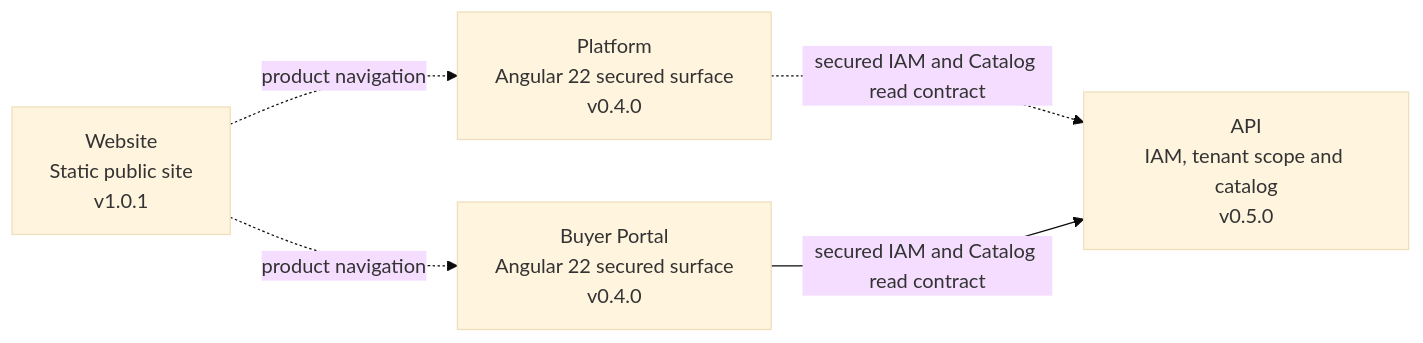
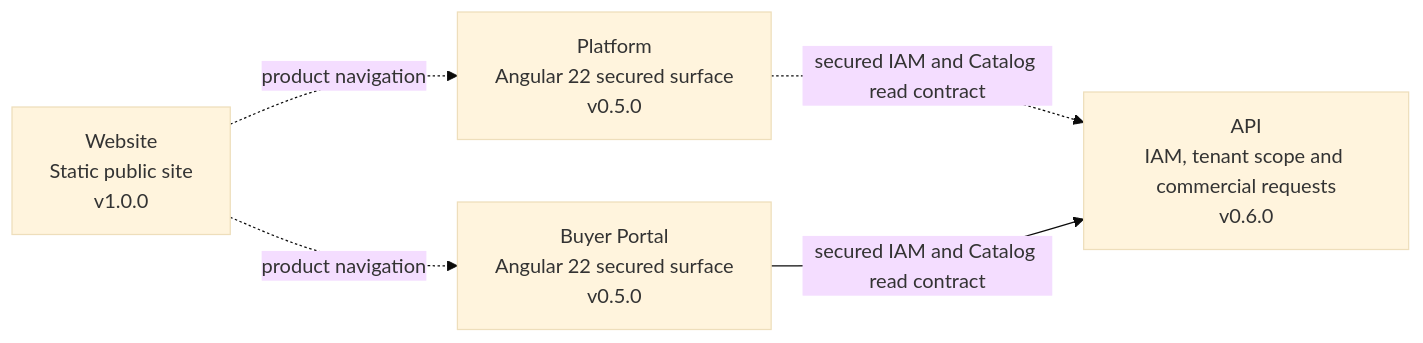
The diagram in README.md (nexa-suite/portal), drawn with Mermaid (base theme) before and after one commit. The commit also changed other lines of this file and 12 other files, not shown here.

Commit message:
feat(commercial): consolidate buyer portal foundation

````diff
--- a/README.md
+++ b/README.md
@@ -29,12 +29,12 @@
 ```mermaid
 flowchart LR
-    Website["Website<br/>Static public site<br/>v1.0.1"]
-    Platform["Platform<br/>Angular 22 secured surface<br/>v0.4.0"]
-    Portal["Buyer Portal<br/>Angular 22 secured surface<br/>v0.4.0"]
-    API["API<br/>IAM, tenant scope and catalog<br/>v0.5.0"]
+    Website["Website<br/>Static public site<br/>v1.0.0"]
+    Platform["Platform<br/>Angular 22 secured surface<br/>v0.5.0"]
+    Portal["Buyer Portal<br/>Angular 22 secured surface<br/>v0.5.0"]
+    API["API<br/>IAM, tenant scope and commercial requests<br/>v0.6.0"]
 
     Website -. "product navigation" .-> Platform
     Website -. "product navigation" .-> Portal
     Platform -. "secured IAM and Catalog read contract" .-> API
     Portal -->|"secured IAM and Catalog read contract"| API
 ```
````
